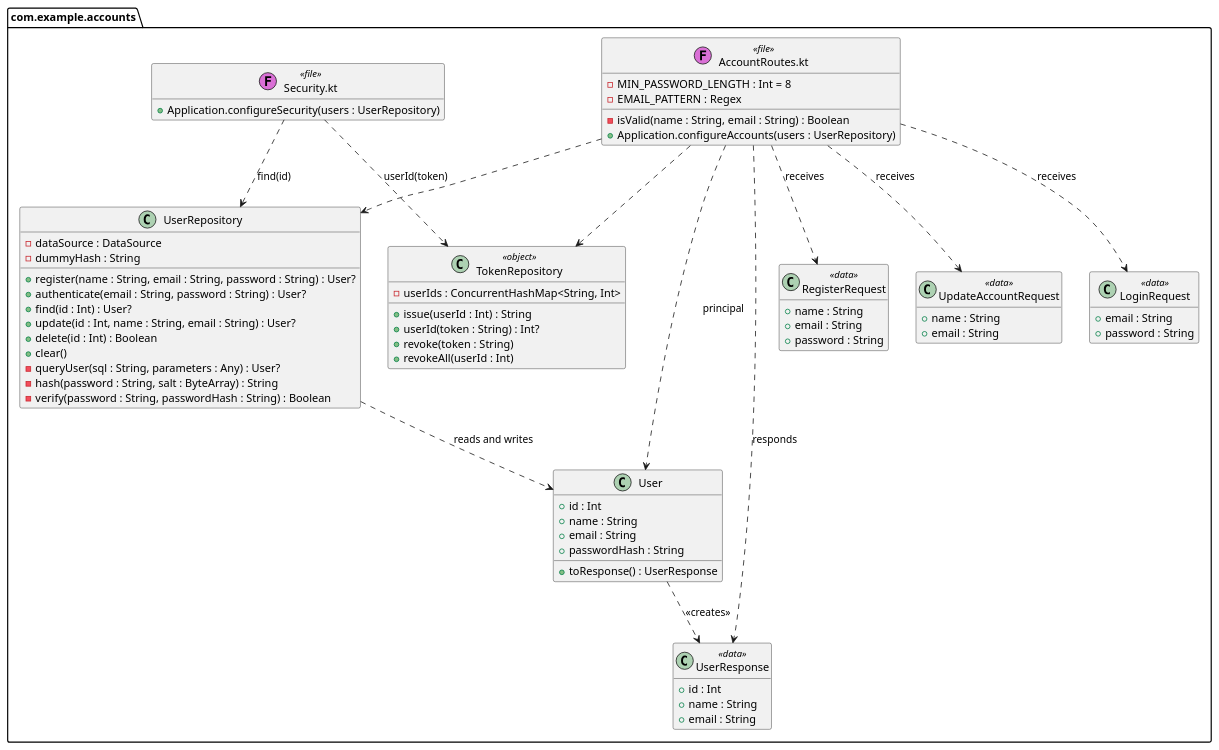
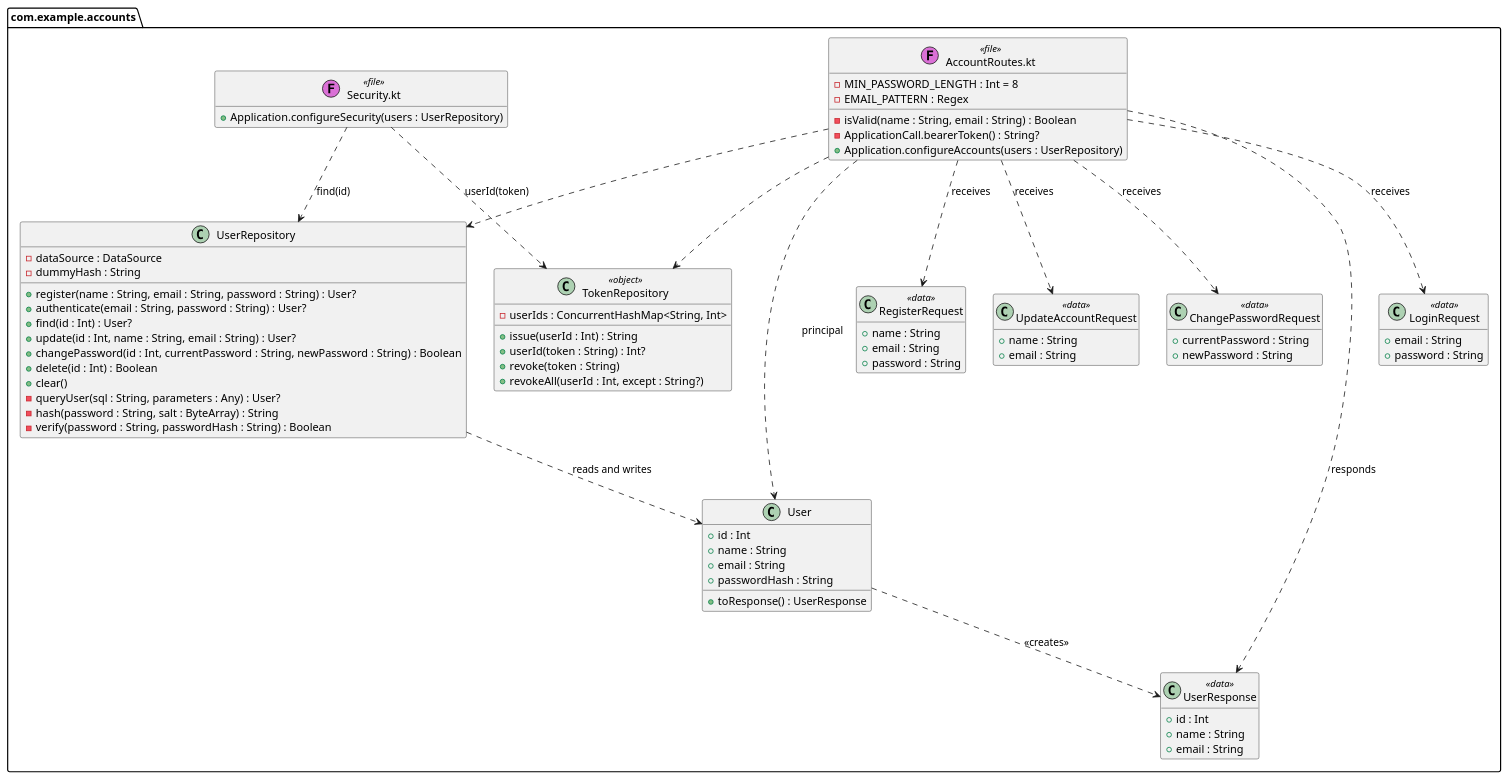
The diagram in docs/diagrams/class-accounts.puml (Rent-a-car-38291/rent-a-car), drawn with PlantUML before and after one commit. The commit also changed 5 other files, not shown here.

Commit message:
Add the change password sequence diagram and update the class and use case diagrams

```diff
--- a/docs/diagrams/class-accounts.puml
+++ b/docs/diagrams/class-accounts.puml
@@ -1,75 +1,82 @@
 @startuml
 ' The account classes as they are in src/. The car classes are in class-cars.puml.
 hide empty members
 set separator none
 
 package com.example.accounts <<Folder>> {
   class "AccountRoutes.kt" as AccountRoutes <<(F,orchid) file>> {
     - MIN_PASSWORD_LENGTH : Int = 8
     - EMAIL_PATTERN : Regex
     - isValid(name : String, email : String) : Boolean
+    - ApplicationCall.bearerToken() : String?
     + Application.configureAccounts(users : UserRepository)
   }
   class "Security.kt" as Security <<(F,orchid) file>> {
     + Application.configureSecurity(users : UserRepository)
   }
   class User {
     + id : Int
     + name : String
     + email : String
     + passwordHash : String
     + toResponse() : UserResponse
   }
   class RegisterRequest <<data>> {
     + name : String
     + email : String
     + password : String
   }
   class UpdateAccountRequest <<data>> {
     + name : String
     + email : String
   }
+  class ChangePasswordRequest <<data>> {
+    + currentPassword : String
+    + newPassword : String
+  }
   class LoginRequest <<data>> {
     + email : String
     + password : String
   }
   class UserResponse <<data>> {
     + id : Int
     + name : String
     + email : String
   }
   class UserRepository {
     - dataSource : DataSource
     - dummyHash : String
     + register(name : String, email : String, password : String) : User?
     + authenticate(email : String, password : String) : User?
     + find(id : Int) : User?
     + update(id : Int, name : String, email : String) : User?
+    + changePassword(id : Int, currentPassword : String, newPassword : String) : Boolean
     + delete(id : Int) : Boolean
     + clear()
     - queryUser(sql : String, parameters : Any) : User?
     - hash(password : String, salt : ByteArray) : String
     - verify(password : String, passwordHash : String) : Boolean
   }
   class TokenRepository <<object>> {
     - userIds : ConcurrentHashMap<String, Int>
     + issue(userId : Int) : String
     + userId(token : String) : Int?
     + revoke(token : String)
-    + revokeAll(userId : Int)
+    + revokeAll(userId : Int, except : String?)
   }
 }
 
 UserRepository ..> User : reads and writes
 User ..> UserResponse : <<creates>>
 AccountRoutes ..> RegisterRequest : receives
 AccountRoutes ..> LoginRequest : receives
 AccountRoutes ..> UpdateAccountRequest : receives
+AccountRoutes ..> ChangePasswordRequest : receives
 AccountRoutes ..> UserResponse : responds
 AccountRoutes ..> User : principal
 AccountRoutes ..> UserRepository
 AccountRoutes ..> TokenRepository
 Security ..> TokenRepository : userId(token)
 Security ..> UserRepository : find(id)
 
 @enduml
```
